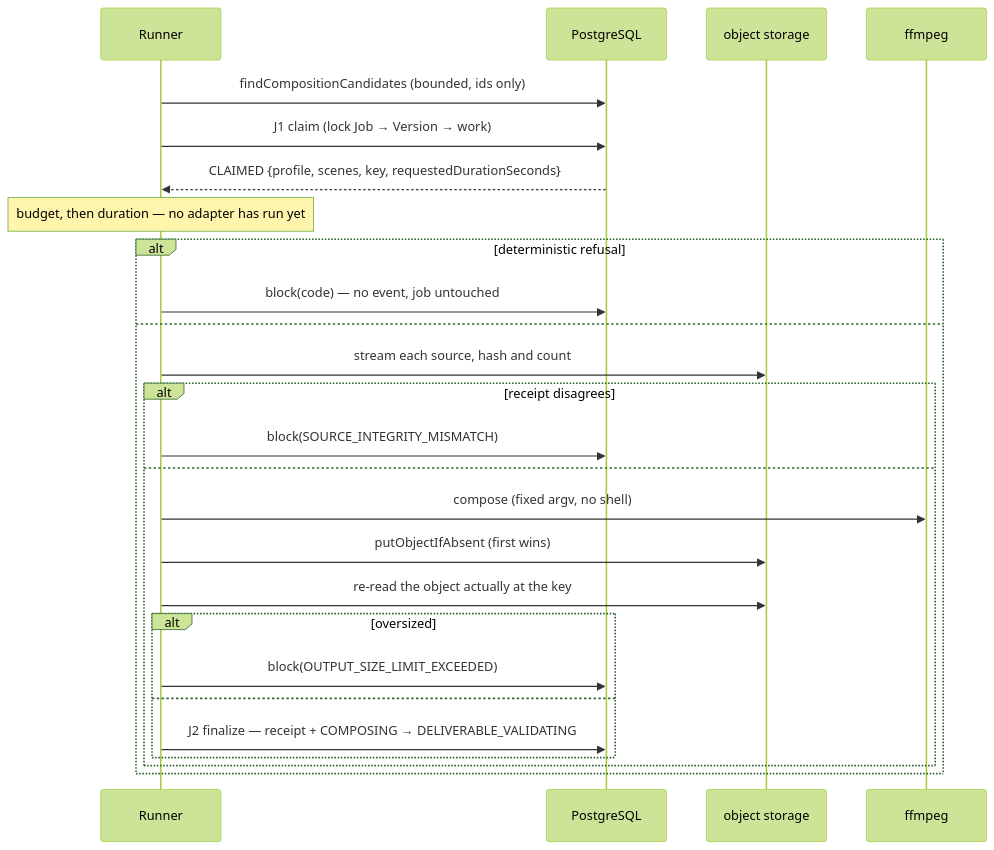
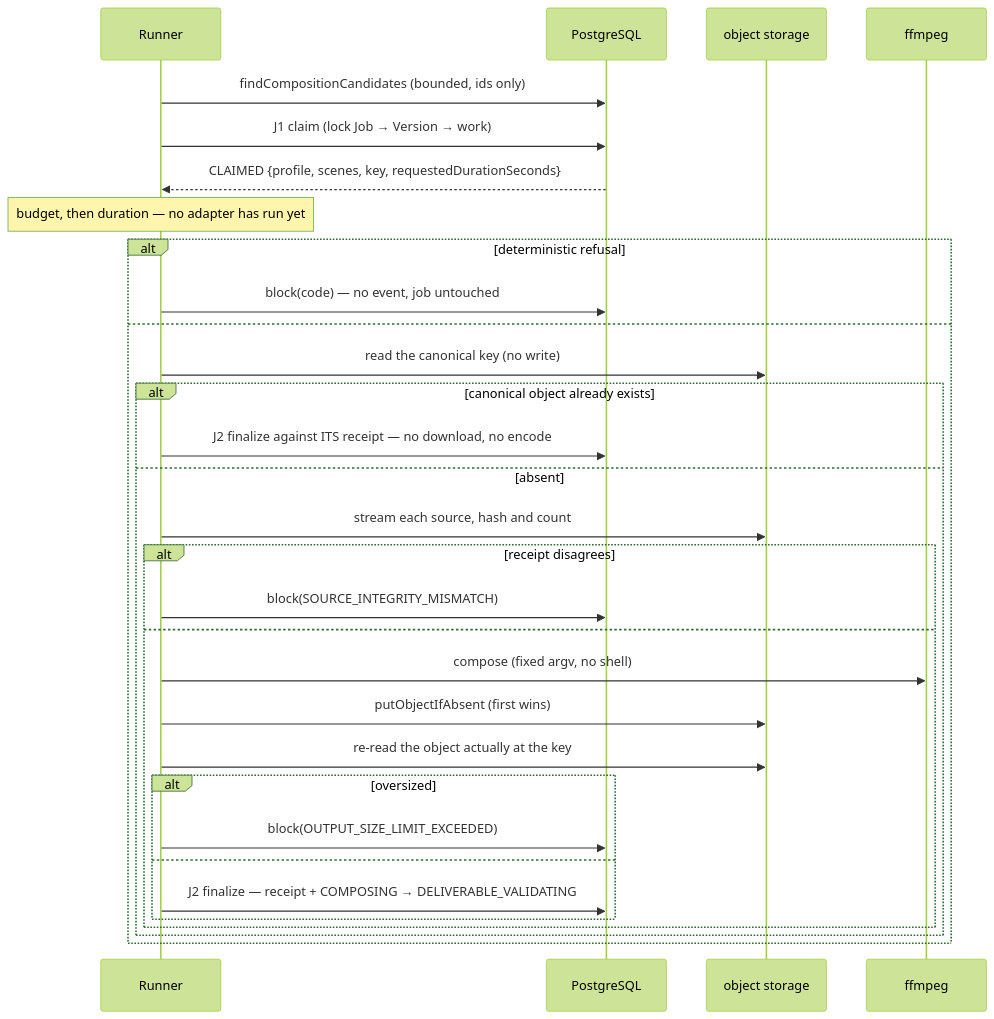
One commit to TakeTouhu/Real-Estate-Listing-Concept-Video changed the third of 3 diagrams in docs/phase-5b-completion.md. Above: the diagram before and after it, drawn with Mermaid (forest theme). The commit also changed other lines of this file and 12 other files, not shown here.

````diff
--- a/docs/phase-5b-completion.md
+++ b/docs/phase-5b-completion.md
@@ -151,29 +151,34 @@
 ```mermaid
 sequenceDiagram
   participant R as Runner
   participant DB as PostgreSQL
   participant S as object storage
   participant F as ffmpeg
 
   R->>DB: findCompositionCandidates (bounded, ids only)
   R->>DB: J1 claim (lock Job → Version → work)
   DB-->>R: CLAIMED {profile, scenes, key, requestedDurationSeconds}
   Note over R: budget, then duration — no adapter has run yet
   alt deterministic refusal
     R->>DB: block(code) — no event, job untouched
   else
+    R->>S: read the canonical key (no write)
+    alt canonical object already exists
+      R->>DB: J2 finalize against ITS receipt — no download, no encode
+    else absent
     R->>S: stream each source, hash and count
     alt receipt disagrees
       R->>DB: block(SOURCE_INTEGRITY_MISMATCH)
     else
       R->>F: compose (fixed argv, no shell)
       R->>S: putObjectIfAbsent (first wins)
       R->>S: re-read the object actually at the key
       alt oversized
         R->>DB: block(OUTPUT_SIZE_LIMIT_EXCEEDED)
       else
         R->>DB: J2 finalize — receipt + COMPOSING → DELIVERABLE_VALIDATING
       end
     end
+    end
   end
 ```
````
